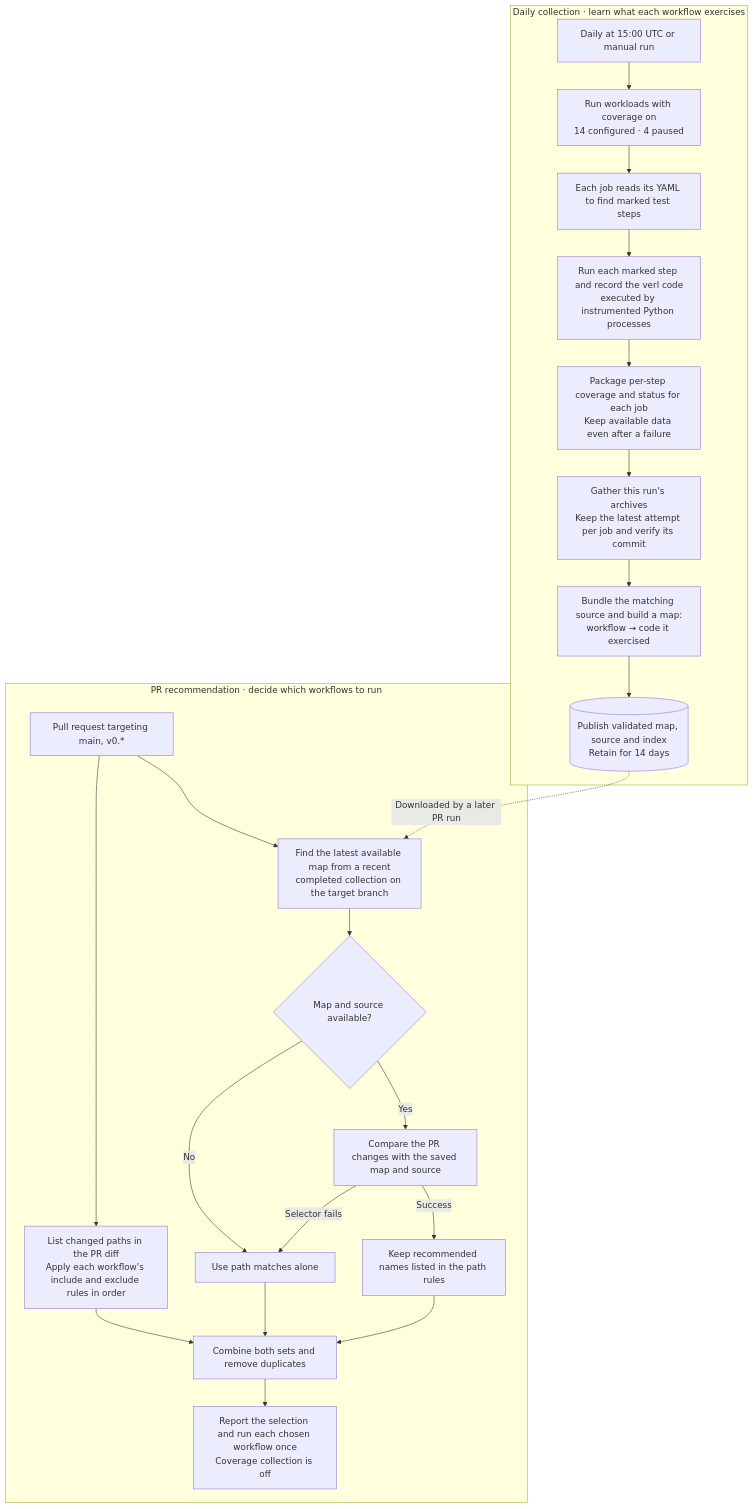
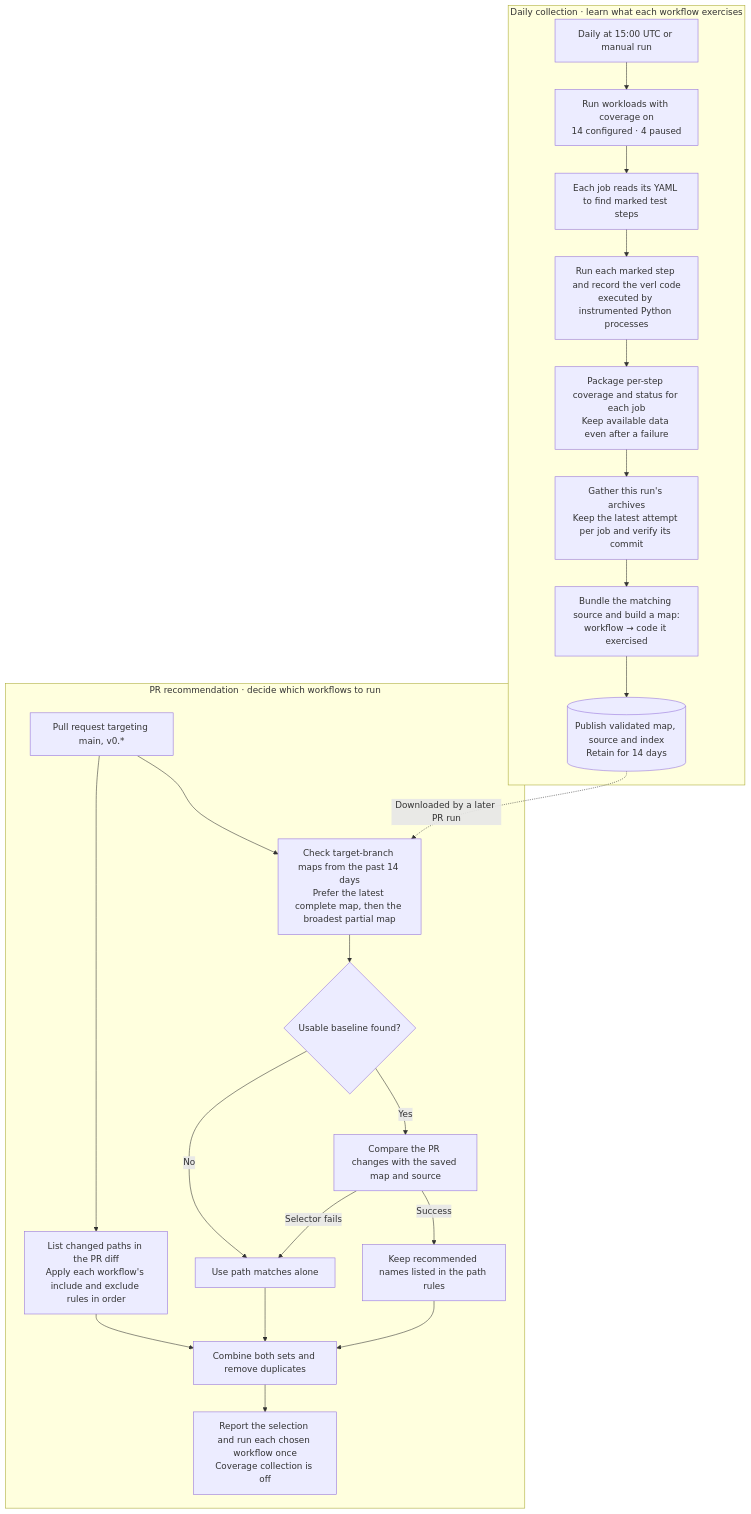
One commit to verl-project/verl changed the diagram in scripts/ci/coverage/README.md. Above: the diagram before and after it, drawn with Mermaid. The commit also changed other lines of this file and 4 other files, not shown here.

First line of the commit message:
[ci] fix: prefer complete Ascend coverage baselines

````diff
--- a/scripts/ci/coverage/README.md
+++ b/scripts/ci/coverage/README.md
@@ -5,28 +5,28 @@
 ```mermaid
 flowchart TD
   subgraph daily["Daily collection · learn what each workflow exercises"]
     trigger["Daily at 15:00 UTC or manual run"]
     trigger --> workloads["Run workloads with coverage on<br/>14 configured · 4 paused"]
     workloads --> plan["Each job reads its YAML to find marked test steps"]
     plan --> trace["Run each marked step and record the verl code<br/>executed by instrumented Python processes"]
     trace --> pack["Package per-step coverage and status for each job<br/>Keep available data even after a failure"]
     pack --> combine["Gather this run's archives<br/>Keep the latest attempt per job and verify its commit"]
     combine --> build["Bundle the matching source and build a map:<br/>workflow → code it exercised"]
     build --> baseline[("Publish validated map, source and index<br/>Retain for 14 days")]
   end
   subgraph pr["PR recommendation · decide which workflows to run"]
     opened["Pull request targeting main, v0.*"]
-    opened --> lookup["Find the latest available map from a recent<br/>completed collection on the target branch"]
-    lookup --> usable{"Map and source available?"}
+    opened --> lookup["Check target-branch maps from the past 14 days<br/>Prefer the latest complete map, then the broadest partial map"]
+    lookup --> usable{"Usable baseline found?"}
     usable -->|Yes| select["Compare the PR changes with the saved map and source"]
     select -->|Success| covered["Keep recommended names listed in the path rules"]
     usable -->|No| fallback["Use path matches alone"]
     select -->|Selector fails| fallback
     opened --> paths["List changed paths in the PR diff<br/>Apply each workflow's include and exclude rules in order"]
     covered --> union["Combine both sets and remove duplicates"]
     paths --> union
     fallback --> union
     union --> run["Report the selection and run each chosen workflow once<br/>Coverage collection is off"]
   end
   baseline -.->|Downloaded by a later PR run| lookup
 ```
````
